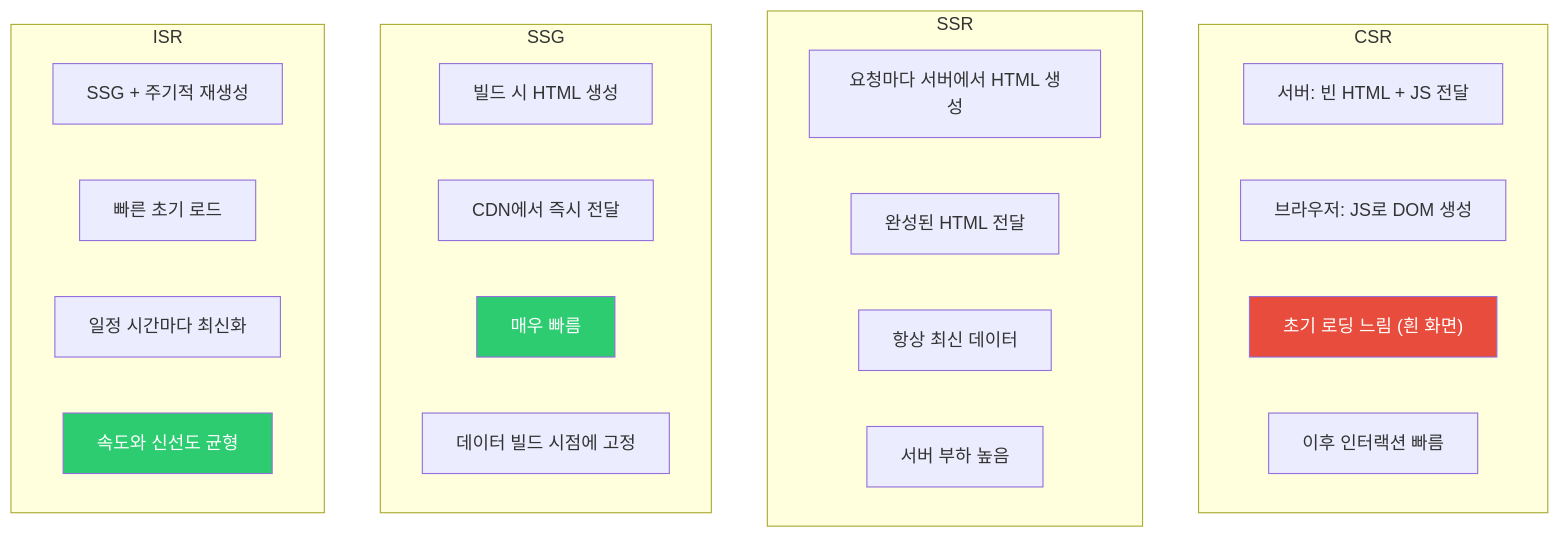
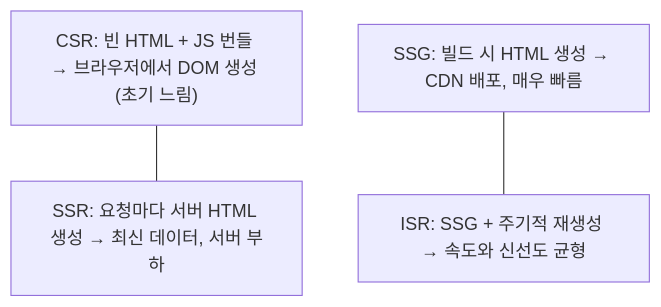
The first of 6 diagrams in _posts/frontend/2026-05-02-nextjs-fundamentals.md (yjkim2015/yjkim2015.github.io), drawn with Mermaid before and after one commit. The commit also changed other lines of this file and 215 other files, not shown here.

First line of the commit message:
신규 포스트 10개 추가 + Mermaid 전면 축소 + SystemDesign 시리즈 보강

````diff
--- a/_posts/frontend/2026-05-02-nextjs-fundamentals.md
+++ b/_posts/frontend/2026-05-02-nextjs-fundamentals.md
@@ -25,34 +25,9 @@
 ```mermaid
 graph TD
-    subgraph "CSR"
-        CSR1["서버: 빈 HTML + JS 전달"]
-        CSR2["브라우저: JS로 DOM 생성"]
-        CSR3["초기 로딩 느림 (흰 화면)"]
-        CSR4["이후 인터랙션 빠름"]
-    end
-
-    subgraph "SSR"
-        SSR1["요청마다 서버에서 HTML 생성"]
-        SSR2["완성된 HTML 전달"]
-        SSR3["항상 최신 데이터"]
-        SSR4["서버 부하 높음"]
-    end
-
-    subgraph "SSG"
-        SSG1["빌드 시 HTML 생성"]
-        SSG2["CDN에서 즉시 전달"]
-        SSG3["매우 빠름"]
-        SSG4["데이터 빌드 시점에 고정"]
-    end
-
-    subgraph "ISR"
-        ISR1["SSG + 주기적 재생성"]
-        ISR2["빠른 초기 로드"]
-        ISR3["일정 시간마다 최신화"]
-        ISR4["속도와 신선도 균형"]
-    end
-
-    style CSR3 fill:#e74c3c,color:#fff
-    style SSG3 fill:#2ecc71,color:#fff
-    style ISR4 fill:#2ecc71,color:#fff
+    CSR["CSR: 빈 HTML + JS 번들 → 브라우저에서 DOM 생성 (초기 느림)"]
+    SSR["SSR: 요청마다 서버 HTML 생성 → 최신 데이터, 서버 부하"]
+    SSG["SSG: 빌드 시 HTML 생성 → CDN 배포, 매우 빠름"]
+    ISR["ISR: SSG + 주기적 재생성 → 속도와 신선도 균형"]
+    CSR --- SSR
+    SSG --- ISR
 ```
````
